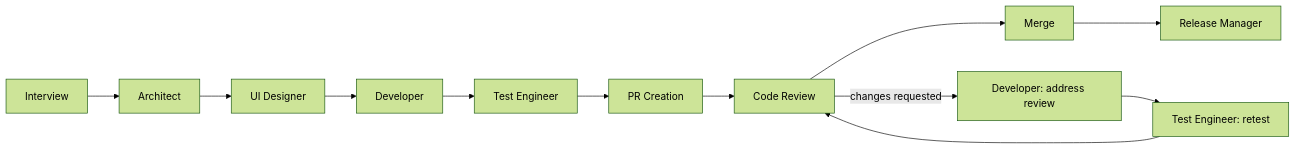
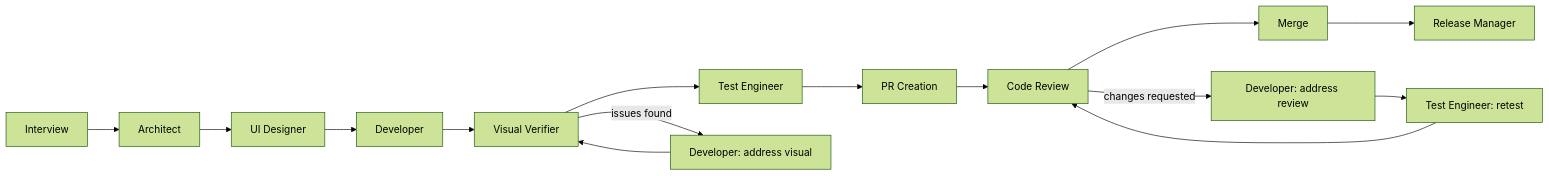
The diagram in README.md (giorgia/ios-genesis), drawn with Mermaid (forest theme) before and after one commit. The commit also changed other lines of this file and 13 other files, not shown here.

````diff
--- a/README.md
+++ b/README.md
@@ -30,6 +31,7 @@
 ```mermaid
 flowchart LR
-    I[Interview] --> A[Architect] --> D[UI Designer] --> Dev[Developer] --> T[Test Engineer]
+    I[Interview] --> A[Architect] --> D[UI Designer] --> Dev[Developer] --> V[Visual Verifier] --> T[Test Engineer]
     T --> PR[PR Creation] --> R[Code Review] --> M[Merge] --> RM[Release Manager]
+    V -- "issues found" --> FixV[Developer: address visual] --> V
     R -- "changes requested" --> Fix[Developer: address review] --> Retest[Test Engineer: retest] --> R
 ```
````
